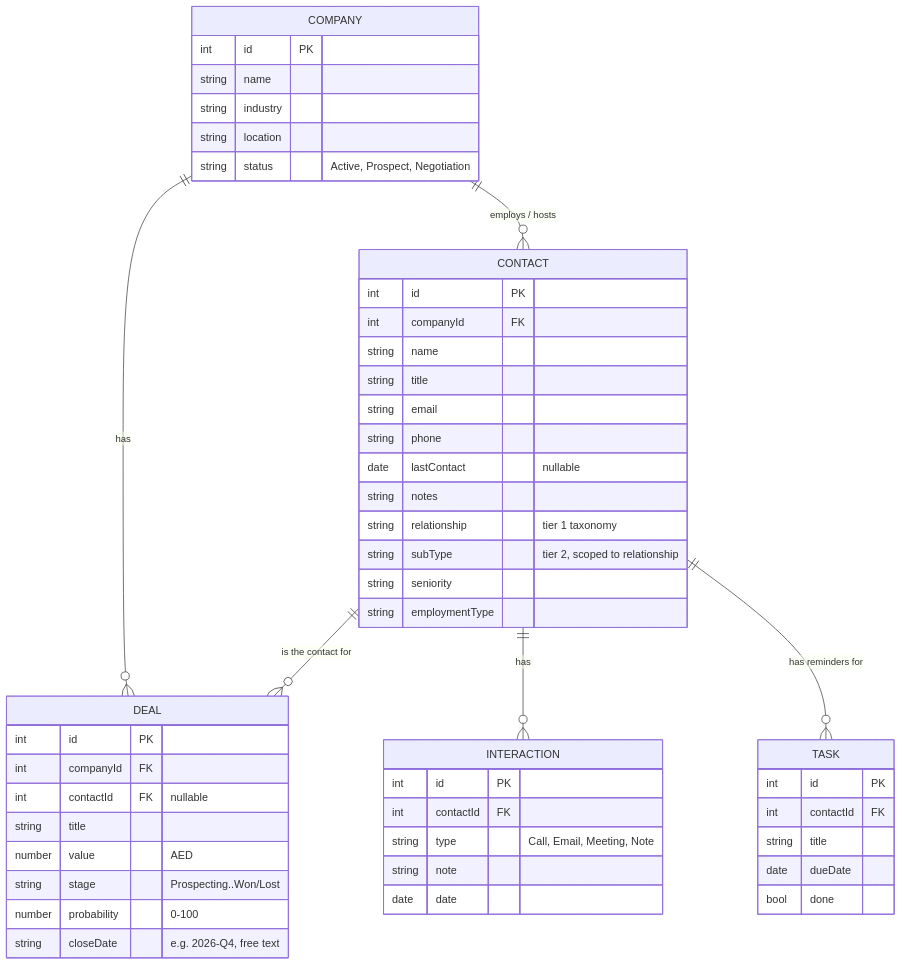
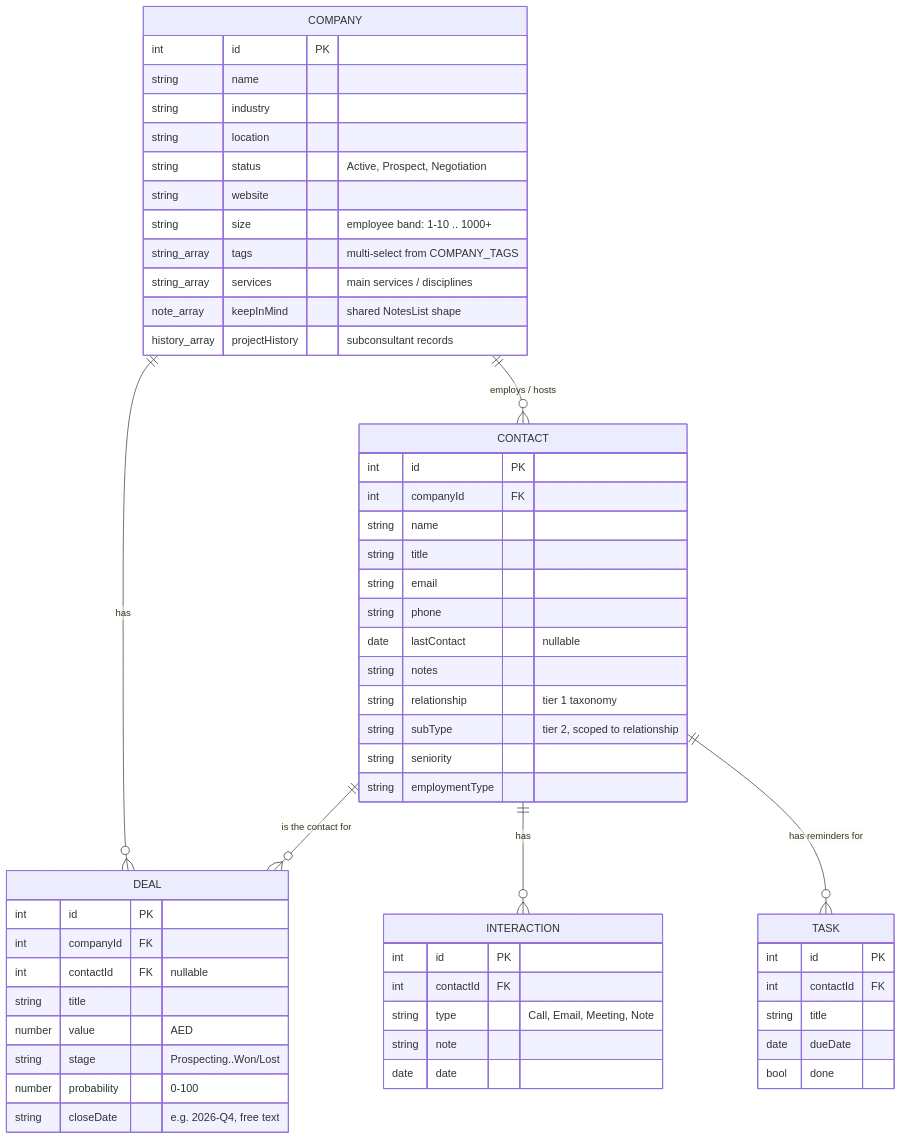
One commit to sanalogy-code/alsuweidi-erp-demo changed the diagram in SPEC.md. Above: the diagram before and after it, drawn with Mermaid. The commit also changed other lines of this file and 2 other files, not shown here.

````diff
--- a/SPEC.md
+++ b/SPEC.md
@@ -36,54 +36,60 @@
 ```mermaid
 erDiagram
     COMPANY ||--o{ CONTACT : "employs / hosts"
     COMPANY ||--o{ DEAL : "has"
     CONTACT ||--o{ DEAL : "is the contact for"
     CONTACT ||--o{ INTERACTION : "has"
     CONTACT ||--o{ TASK : "has reminders for"
 
     COMPANY {
         int id PK
         string name
         string industry
         string location
         string status "Active, Prospect, Negotiation"
+        string website
+        string size "employee band: 1-10 .. 1000+"
+        string_array tags "multi-select from COMPANY_TAGS"
+        string_array services "main services / disciplines"
+        note_array keepInMind "shared NotesList shape"
+        history_array projectHistory "subconsultant records"
     }
     CONTACT {
         int id PK
         int companyId FK
         string name
         string title
         string email
         string phone
         date lastContact "nullable"
         string notes
         string relationship "tier 1 taxonomy"
         string subType "tier 2, scoped to relationship"
         string seniority
         string employmentType
     }
     DEAL {
         int id PK
         int companyId FK
         int contactId FK "nullable"
         string title
         number value "AED"
         string stage "Prospecting..Won/Lost"
         number probability "0-100"
         string closeDate "e.g. 2026-Q4, free text"
     }
     TASK {
         int id PK
         int contactId FK
         string title
         date dueDate
         bool done
     }
     INTERACTION {
         int id PK
         int contactId FK
         string type "Call, Email, Meeting, Note"
         string note
         date date
     }
 ```
````
